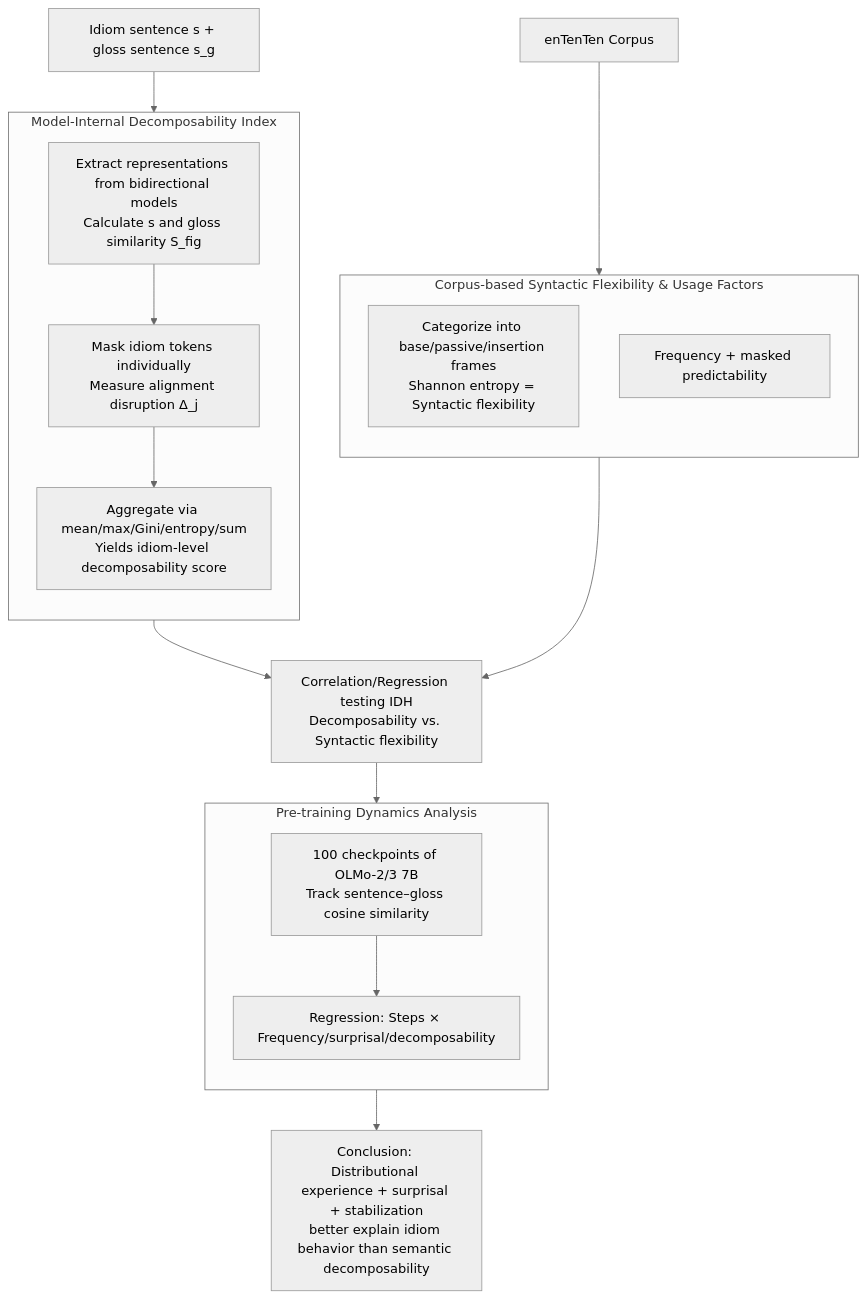
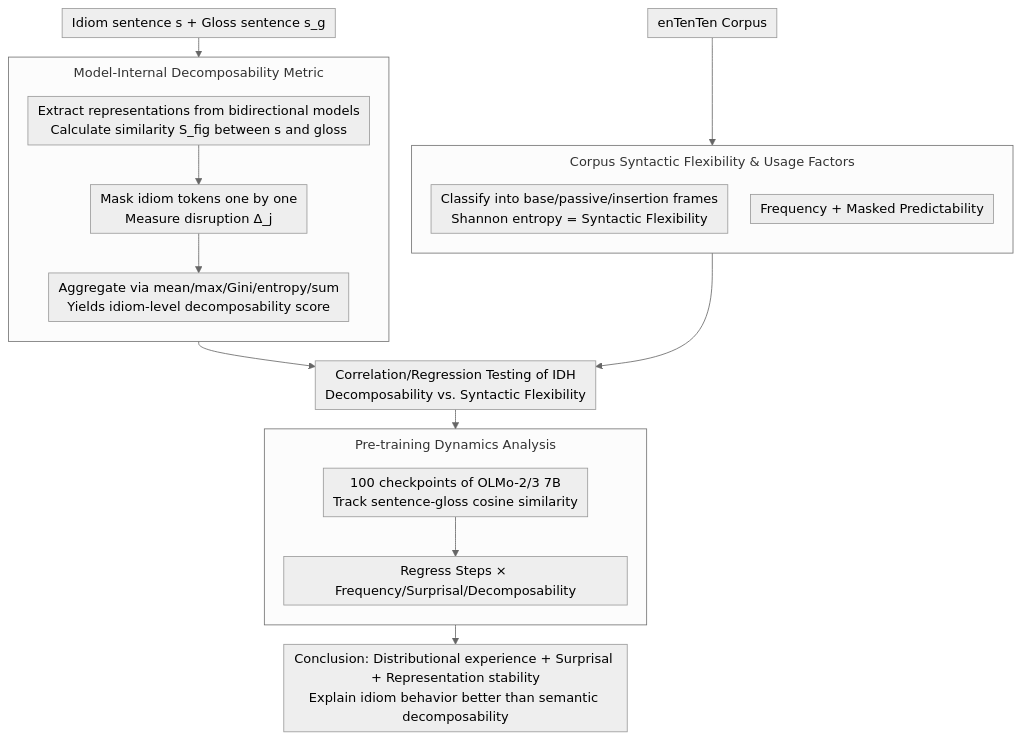
One commit to zhaoyang97/Paper-Notes-en changed the diagram in docs/ACL2026/llm_nlp/rethinking_the_idiomaticity_decomposability_hypothesis_evidence_from_distributio.md. Above: the diagram before and after it, drawn with Mermaid (neutral theme). The commit also changed other lines of this file and 5084 other files, not shown here.

````diff
--- a/docs/ACL2026/llm_nlp/rethinking_the_idiomaticity_decomposability_hypothesis_evidence_from_distributio.md
+++ b/docs/ACL2026/llm_nlp/rethinking_the_idiomaticity_decomposability_hypothesis_evidence_from_distributio.md
@@ -46,23 +46,24 @@
 ```mermaid
-graph TD
-    A["Idiom sentence s + gloss sentence s_g"] --> SUB1
-    subgraph SUB1["Model-Internal Decomposability Index"]
+%%{init: {'flowchart': {'rankSpacing': 24, 'nodeSpacing': 28, 'padding': 6, 'wrappingWidth': 400, 'subGraphTitleMargin': {'top': 8, 'bottom': 16}}}}%%
+flowchart TD
+    A["Idiom sentence s + Gloss sentence s_g"] --> SUB1
+    subgraph SUB1["Model-Internal Decomposability Metric"]
         direction TB
-        B["Extract representations from bidirectional models<br/>Calculate s and gloss similarity S_fig"] --> C["Mask idiom tokens individually<br/>Measure alignment disruption Δ_j"]
+        B["Extract representations from bidirectional models<br/>Calculate similarity S_fig between s and gloss"] --> C["Mask idiom tokens one by one<br/>Measure disruption Δ_j"]
         C --> D["Aggregate via mean/max/Gini/entropy/sum<br/>Yields idiom-level decomposability score"]
     end
     A2["enTenTen Corpus"] --> SUB2
-    subgraph SUB2["Corpus-based Syntactic Flexibility & Usage Factors"]
+    subgraph SUB2["Corpus Syntactic Flexibility & Usage Factors"]
         direction TB
-        E["Categorize into base/passive/insertion frames<br/>Shannon entropy = Syntactic flexibility"]
-        F["Frequency + masked predictability"]
+        E["Classify into base/passive/insertion frames<br/>Shannon entropy = Syntactic Flexibility"]
+        F["Frequency + Masked Predictability"]
     end
-    SUB1 --> G["Correlation/Regression testing IDH<br/>Decomposability vs. Syntactic flexibility"]
+    SUB1 --> G["Correlation/Regression Testing of IDH<br/>Decomposability vs. Syntactic Flexibility"]
     SUB2 --> G
     G --> SUB3
     subgraph SUB3["Pre-training Dynamics Analysis"]
         direction TB
-        H["100 checkpoints of OLMo-2/3 7B<br/>Track sentence–gloss cosine similarity"] --> I["Regression: Steps × Frequency/surprisal/decomposability"]
+        H["100 checkpoints of OLMo-2/3 7B<br/>Track sentence-gloss cosine similarity"] --> I["Regress Steps × Frequency/Surprisal/Decomposability"]
     end
-    SUB3 --> J["Conclusion: Distributional experience + surprisal + stabilization<br/>better explain idiom behavior than semantic decomposability"]
+    SUB3 --> J["Conclusion: Distributional experience + Surprisal + Representation stability<br/>Explain idiom behavior better than semantic decomposability"]
 ```
````
